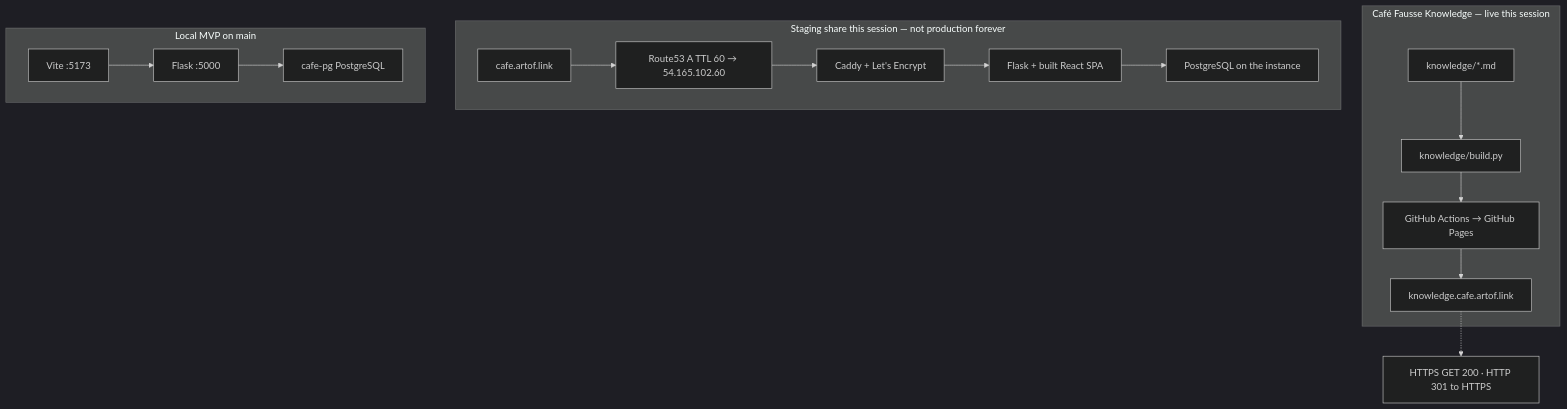
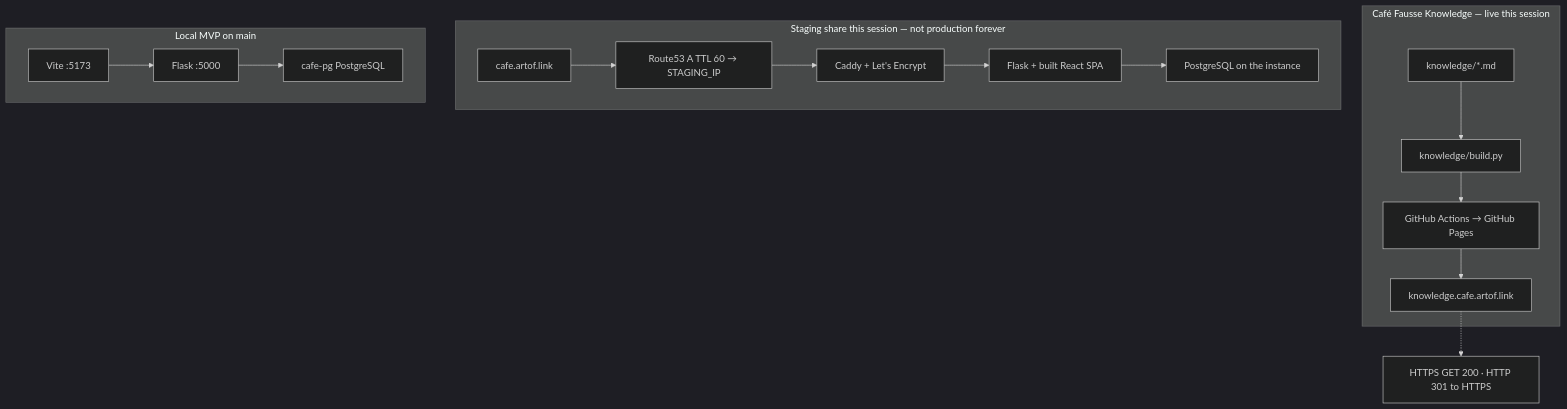
Before and after one commit to artofdream/aea-interactive-design: the second of 3 diagrams in knowledge/stack.md, drawn with Mermaid (dark theme). The commit also changed other lines of this file and 37 other files, not shown here.

````diff
--- a/knowledge/stack.md
+++ b/knowledge/stack.md
@@ -123,19 +123,19 @@
 ```mermaid
 flowchart TB
   subgraph K["Café Fausse Knowledge — live this session"]
     MD["knowledge/*.md"] --> PY["knowledge/build.py"]
     PY --> GHA["GitHub Actions → GitHub Pages"]
     GHA --> KH["knowledge.cafe.artof.link"]
   end
   KH -.-> P["HTTPS GET 200 · HTTP 301 to HTTPS"]
   subgraph N["Staging share this session — not production forever"]
-    CAFE["cafe.artof.link"] --> R53["Route53 A TTL 60 → 54.165.102.60"]
+    CAFE["cafe.artof.link"] --> R53["Route53 A TTL 60 → STAGING_IP"]
     R53 --> CADDY["Caddy + Let's Encrypt"]
     CADDY --> APP["Flask + built React SPA"]
     APP --> BOXPG["PostgreSQL on the instance"]
   end
   subgraph L["Local MVP on main"]
     VITE["Vite :5173"] --> FLASK["Flask :5000"]
     FLASK --> PG["cafe-pg PostgreSQL"]
   end
 ```
````
